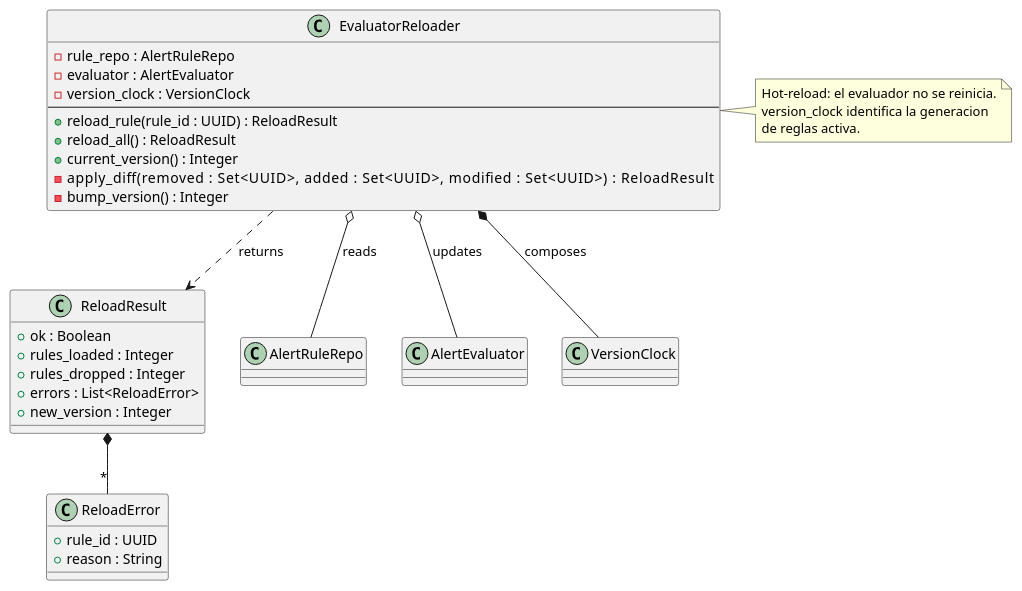
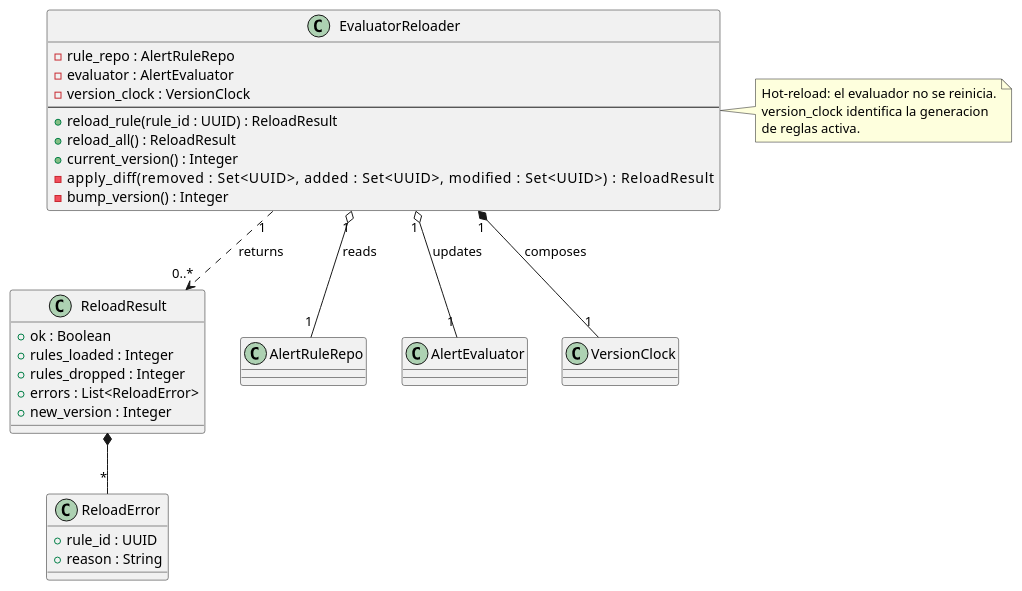
Before and after one commit to jcg-admin/IACT-docs: the diagram in source/arquitectura-tecnica/domain-model/evaluator-reloader.rst, drawn with PlantUML. The commit also changed 44 other files, not shown here.

First line of the commit message:
Apply UML rigor pass batch 3: sweep multiplicities + checklist

```diff
--- a/source/arquitectura-tecnica/domain-model/evaluator-reloader.rst
+++ b/source/arquitectura-tecnica/domain-model/evaluator-reloader.rst
@@ -31,49 +31,49 @@
 .. uml::
  :caption: Clase EvaluatorReloader — propaga cambios de
            AlertRule al motor evaluador en runtime.
 
  @startuml
 
  class EvaluatorReloader {
    - rule_repo : AlertRuleRepo
    - evaluator : AlertEvaluator
    - version_clock : VersionClock
    --
    + reload_rule(rule_id : UUID) : ReloadResult
    + reload_all() : ReloadResult
    + current_version() : Integer
    - apply_diff(removed : Set<UUID>, added : Set<UUID>, \
                 modified : Set<UUID>) : ReloadResult
    - bump_version() : Integer
  }
 
  class ReloadResult {
    + ok : Boolean
    + rules_loaded : Integer
    + rules_dropped : Integer
    + errors : List<ReloadError>
    + new_version : Integer
  }
 
  class ReloadError {
    + rule_id : UUID
    + reason : String
  }
 
  class AlertRuleRepo
  class AlertEvaluator
  class VersionClock
 
- EvaluatorReloader o-- AlertRuleRepo : reads
- EvaluatorReloader o-- AlertEvaluator : updates
- EvaluatorReloader *-- VersionClock : composes
- EvaluatorReloader ..> ReloadResult : returns
+ EvaluatorReloader "1" o-- "1" AlertRuleRepo : reads
+ EvaluatorReloader "1" o-- "1" AlertEvaluator : updates
+ EvaluatorReloader "1" *-- "1" VersionClock : composes
+ EvaluatorReloader "1" ..> "0..*" ReloadResult : returns
  ReloadResult *-- "*" ReloadError
 
  note right of EvaluatorReloader
    Hot-reload: el evaluador no se reinicia.
    version_clock identifica la generacion
    de reglas activa.
  end note
 
  @enduml
```
